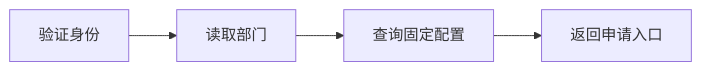
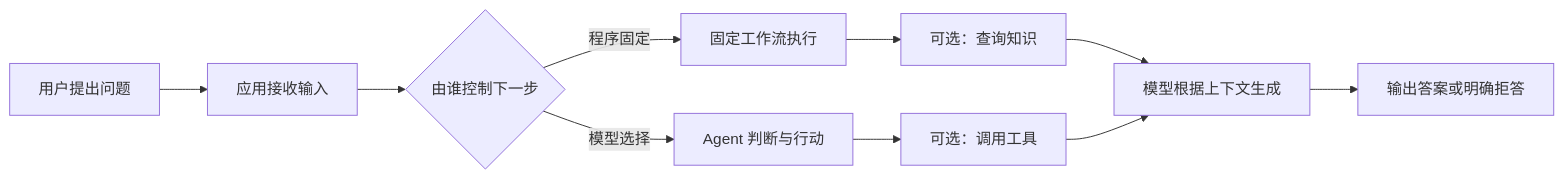
One commit to upJiang/jiang-blog-vitepress changed the first of 2 diagrams in docs/ai-agent/llm-workflow-rag-agent.md. Above: the diagram before and after it, drawn with Mermaid. The commit also changed other lines of this file and 129 other files, not shown here.

````diff
--- a/docs/ai-agent/llm-workflow-rag-agent.md
+++ b/docs/ai-agent/llm-workflow-rag-agent.md
@@ -60,6 +35,12 @@
 ```mermaid
 flowchart LR
-  A[验证身份] --> B[读取部门]
-  B --> C[查询固定配置]
-  C --> D[返回申请入口]
+  U[用户提出问题] --> I[应用接收输入]
+  I --> C{由谁控制下一步}
+  C -->|程序固定| W[固定工作流执行]
+  C -->|模型选择| A[Agent 判断与行动]
+  W --> K[可选：查询知识]
+  A --> T[可选：调用工具]
+  K --> G[模型根据上下文生成]
+  T --> G
+  G --> O[输出答案或明确拒答]
 ```
````
